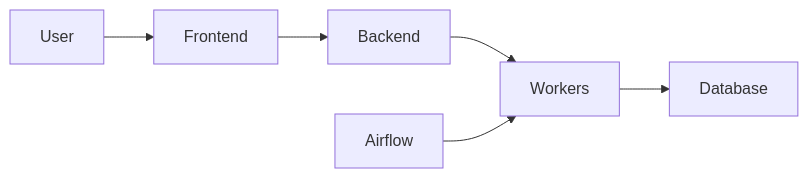
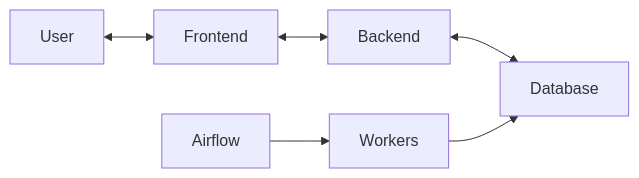
One commit to quanturtle/supermarket-py changed the first of 2 diagrams in README.md. Above: the diagram before and after it, drawn with Mermaid. The commit also changed other lines of this file and 19 other files, not shown here.

````diff
--- a/README.md
+++ b/README.md
@@ -10,9 +10,8 @@
 ```mermaid
 graph LR
-    X[User] --> A[Frontend]
-    A --> B[Backend]
-    B --> C[Workers]
-    D[Airflow] --> C
+    X[User] <--> A[Frontend]
+    A <--> B[Backend]
+    B <--> E
+    D[Airflow] --> C[Workers]
     C --> E[Database]
-
 ```
````
